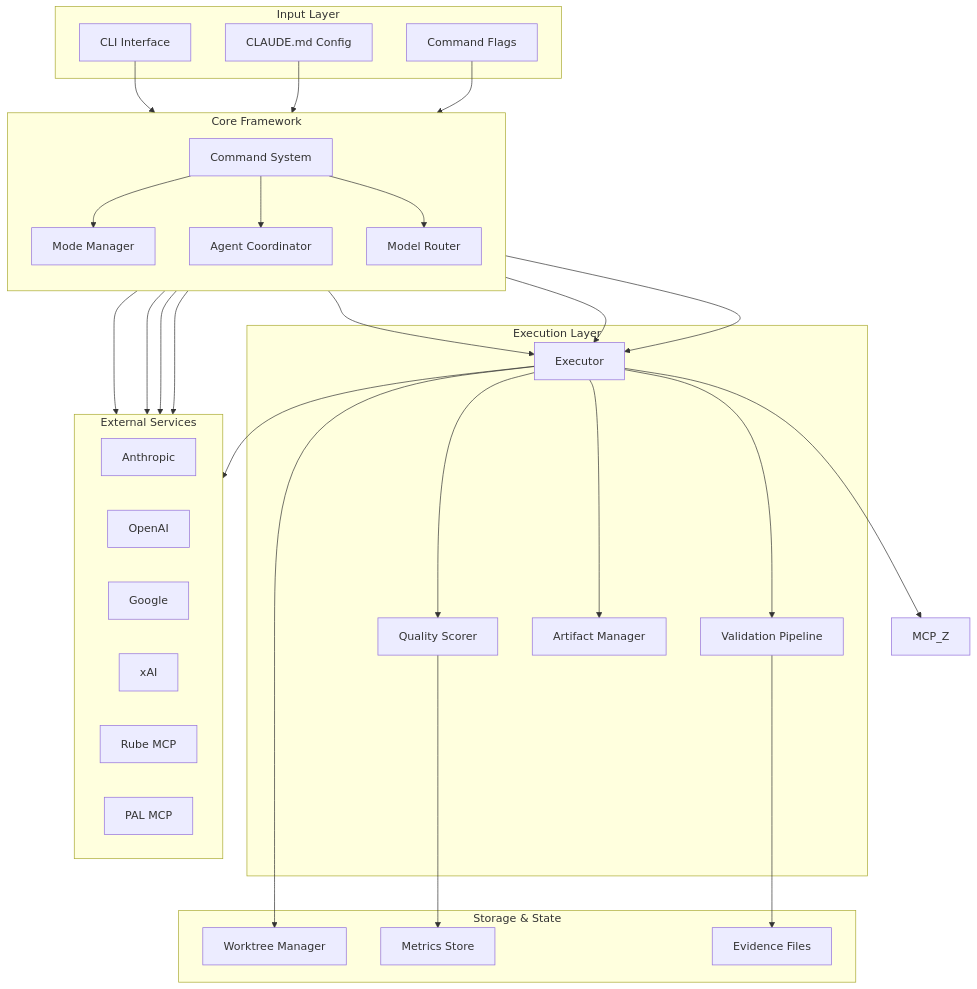
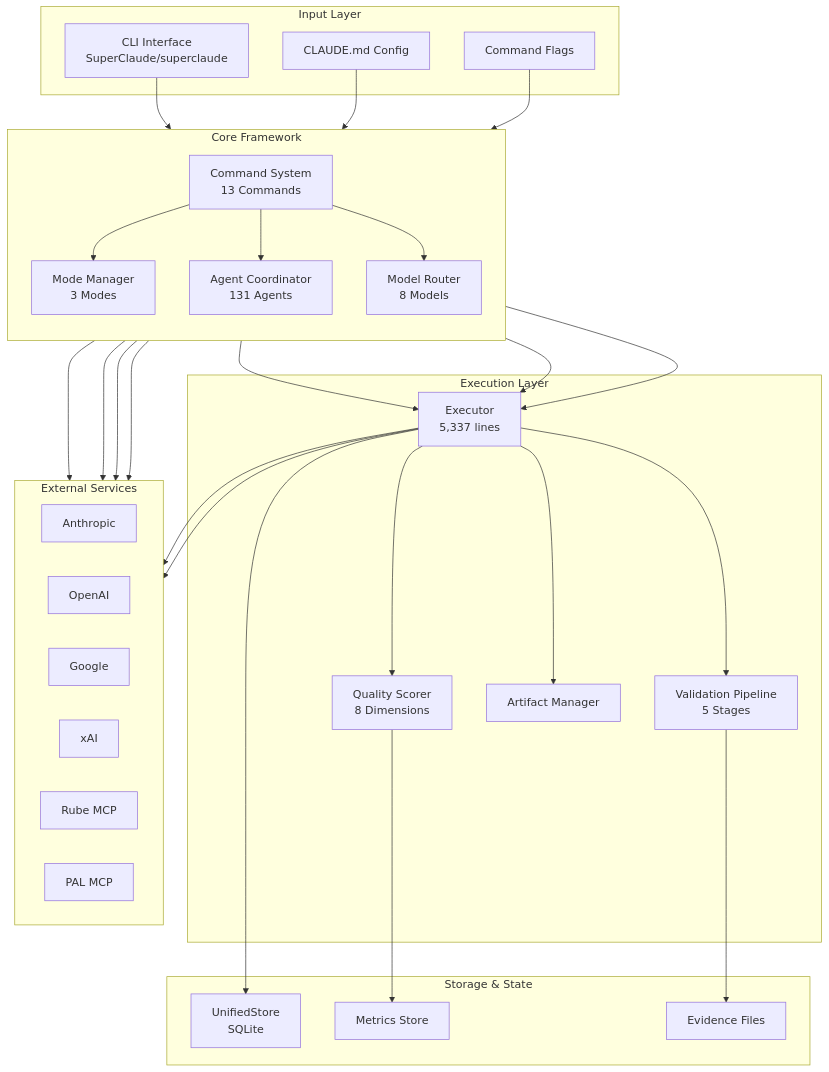
Before and after one commit to Tony363/SuperClaude: the second of 15 diagrams in README.md, drawn with Mermaid. The commit also changed other lines of this file and 10 other files, not shown here.

````diff
--- a/README.md
+++ b/README.md
@@ -80,67 +88,67 @@
 ```mermaid
 flowchart TB
     subgraph Input["Input Layer"]
-        CLI[CLI Interface]
+        CLI[CLI Interface<br/>SuperClaude/superclaude]
         CLAUDE_MD[CLAUDE.md Config]
         Flags[Command Flags]
     end
 
     subgraph Core["Core Framework"]
         direction TB
-        CMD[Command System]
-        MODE[Mode Manager]
-        AGENT[Agent Coordinator]
-        ROUTER[Model Router]
+        CMD[Command System<br/>13 Commands]
+        MODE[Mode Manager<br/>3 Modes]
+        AGENT[Agent Coordinator<br/>131 Agents]
+        ROUTER[Model Router<br/>8 Models]
     end
 
     subgraph Execution["Execution Layer"]
-        EXEC[Executor]
-        QUAL[Quality Scorer]
-        VALID[Validation Pipeline]
+        EXEC[Executor<br/>5,337 lines]
+        QUAL[Quality Scorer<br/>8 Dimensions]
+        VALID[Validation Pipeline<br/>5 Stages]
         ARTIFACT[Artifact Manager]
     end
 
     subgraph External["External Services"]
         direction LR
         API_A[Anthropic]
         API_O[OpenAI]
         API_G[Google]
         API_X[xAI]
         MCP_R[Rube MCP]
         MCP_P[PAL MCP]
     end
 
     subgraph Storage["Storage & State"]
-        WORKTREE[Worktree Manager]
+        STORE[UnifiedStore<br/>SQLite]
         METRICS[Metrics Store]
         EVIDENCE[Evidence Files]
     end
 
     CLI --> CMD
     CLAUDE_MD --> CMD
     Flags --> CMD
 
     CMD --> MODE
     CMD --> AGENT
     CMD --> ROUTER
 
     MODE --> EXEC
     AGENT --> EXEC
     ROUTER --> EXEC
 
     EXEC --> QUAL
     EXEC --> VALID
     EXEC --> ARTIFACT
 
     ROUTER --> API_A
     ROUTER --> API_O
     ROUTER --> API_G
     ROUTER --> API_X
 
     EXEC --> MCP_R
-    EXEC --> MCP_Z
+    EXEC --> MCP_P
 
-    EXEC --> WORKTREE
+    EXEC --> STORE
     QUAL --> METRICS
     VALID --> EVIDENCE
 ```
````
